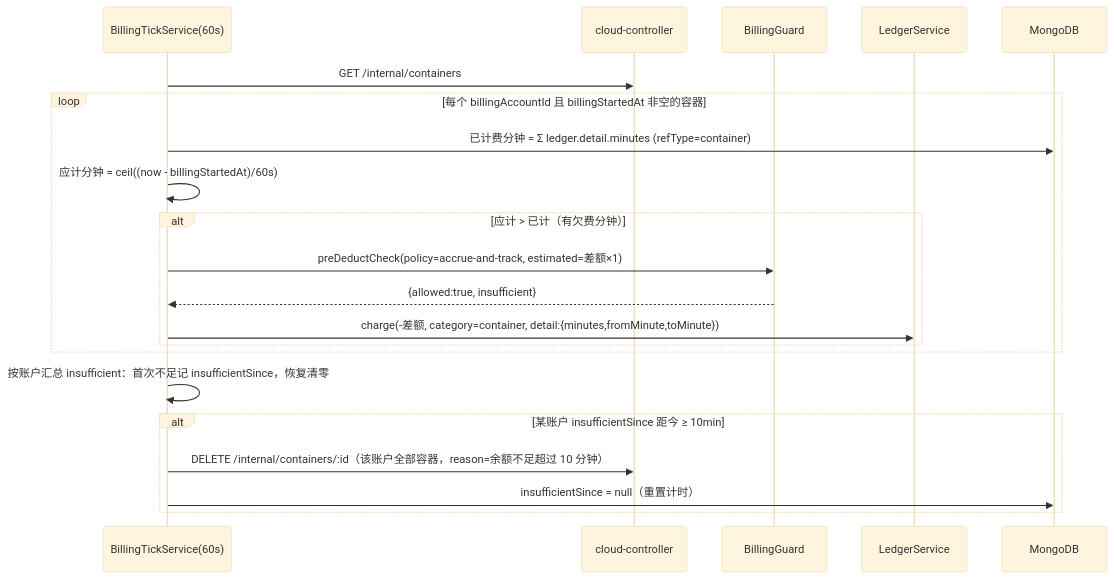
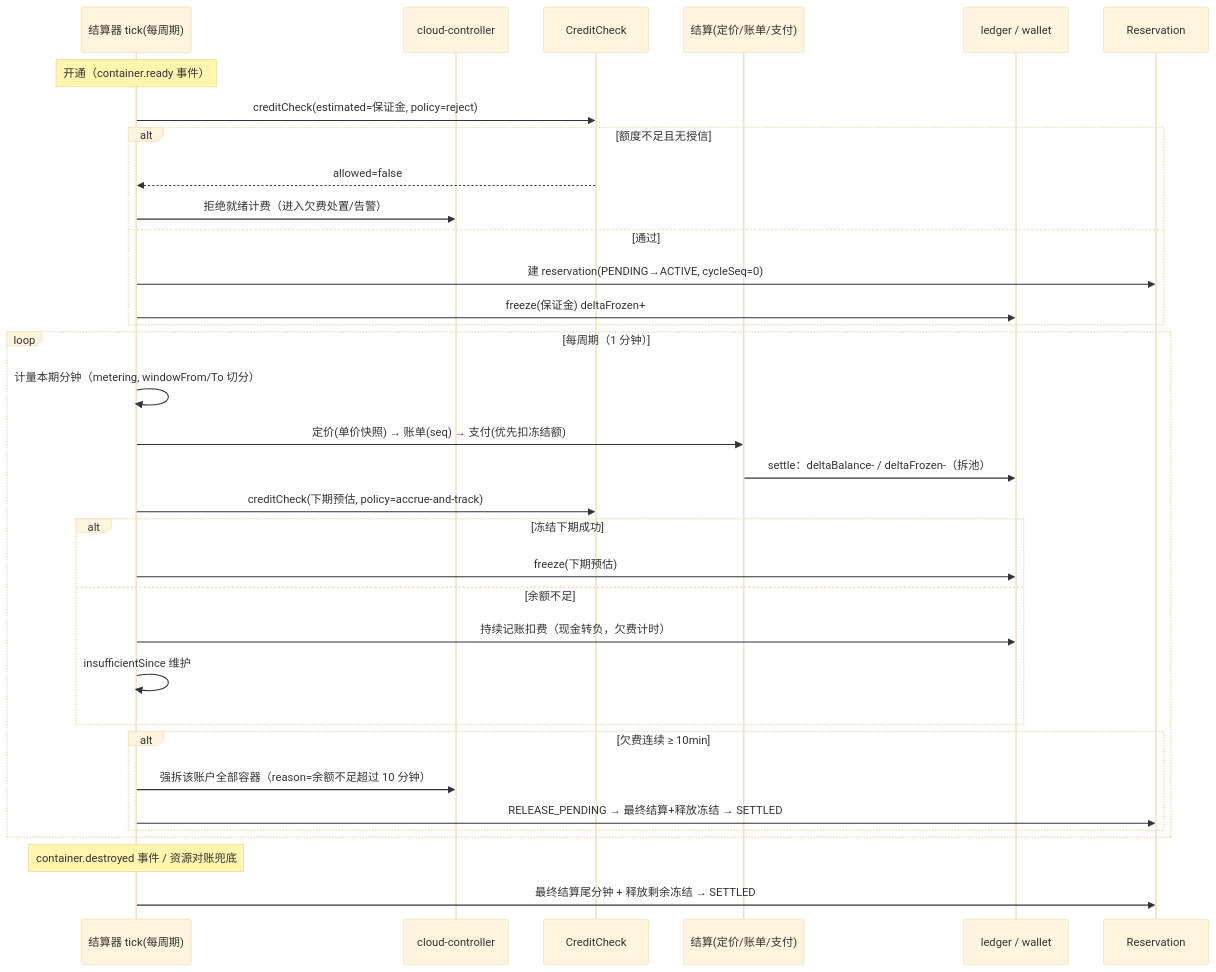
Before and after one commit to Deliay/z-agent-gear: the seventh of 8 diagrams in docs/engineering/proposals/20261018-feat-credits-billing.md, drawn with Mermaid (base theme). The commit also changed other lines of this file and 1 other file, not shown here.

Commit message:
docs(billing): 返工重构为「事件→计量→定价→账单→支付→收据」计费管线（PRD/提案 v2.0）

````diff
--- a/docs/engineering/proposals/20261018-feat-credits-billing.md
+++ b/docs/engineering/proposals/20261018-feat-credits-billing.md
@@ -420,24 +585,37 @@
 ```mermaid
 sequenceDiagram
-    participant T as BillingTickService(60s)
+    participant TK as 结算器 tick(每周期)
     participant CC as cloud-controller
-    participant G as BillingGuard
-    participant L as LedgerService
-    participant M as MongoDB
+    participant CK as CreditCheck
+    participant ST as 结算(定价/账单/支付)
+    participant LG as ledger / wallet
+    participant RS as Reservation
 
-    T->>CC: GET /internal/containers
-    loop 每个 billingAccountId 且 billingStartedAt 非空的容器
-        T->>M: 已计费分钟 = Σ ledger.detail.minutes (refType=container)
-        T->>T: 应计分钟 = ceil((now - billingStartedAt)/60s)
-        alt 应计 > 已计（有欠费分钟）
-            T->>G: preDeductCheck(policy=accrue-and-track, estimated=差额×1)
-            G-->>T: {allowed:true, insufficient}
-            T->>L: charge(-差额, category=container, detail:{minutes,fromMinute,toMinute})
+    Note over TK: 开通（container.ready 事件）
+    TK->>CK: creditCheck(estimated=保证金, policy=reject)
+    alt 额度不足且无授信
+        CK-->>TK: allowed=false
+        TK->>CC: 拒绝就绪计费（进入欠费处置/告警）
+    else 通过
+        TK->>RS: 建 reservation(PENDING→ACTIVE, cycleSeq=0)
+        TK->>LG: freeze(保证金) deltaFrozen+
+    end
+    loop 每周期（1 分钟）
+        TK->>TK: 计量本期分钟（metering, windowFrom/To 切分）
+        TK->>ST: 定价(单价快照) → 账单(seq) → 支付(优先扣冻结额)
+        ST->>LG: settle：deltaBalance- / deltaFrozen-（拆池）
+        TK->>CK: creditCheck(下期预估, policy=accrue-and-track)
+        alt 冻结下期成功
+            TK->>LG: freeze(下期预估)
+        else 余额不足
+            TK->>LG: 持续记账扣费（现金转负，欠费计时）
+            TK->>TK: insufficientSince 维护
+        end
+        alt 欠费连续 ≥ 10min
+            TK->>CC: 强拆该账户全部容器（reason=余额不足超过 10 分钟）
+            TK->>RS: RELEASE_PENDING → 最终结算+释放冻结 → SETTLED
         end
     end
-    T->>T: 按账户汇总 insufficient：首次不足记 insufficientSince，恢复清零
-    alt 某账户 insufficientSince 距今 ≥ 10min
-        T->>CC: DELETE /internal/containers/:id（该账户全部容器，reason=余额不足超过 10 分钟）
-        T->>M: insufficientSince = null（重置计时）
-    end
+    Note over TK: container.destroyed 事件 / 资源对账兜底
+    TK->>RS: 最终结算尾分钟 + 释放剩余冻结 → SETTLED
 ```
````
